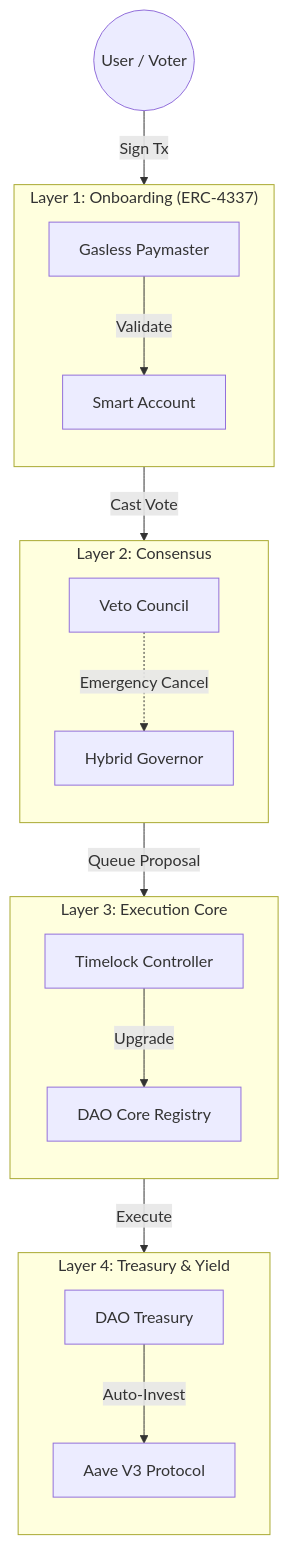
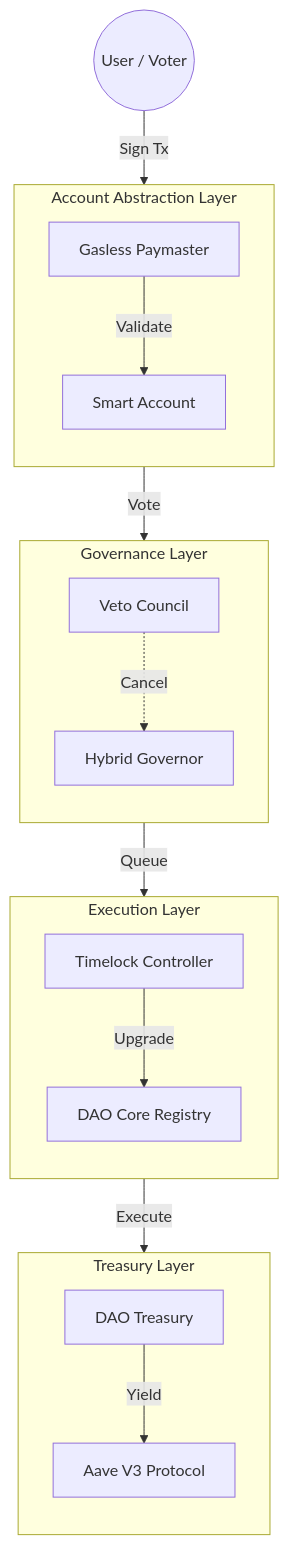
The diagram in README.md (NexTechArchitect/Sentinel-DAO), drawn with Mermaid before and after one commit. The commit also changed other lines of this file, not shown here.

````diff
--- a/README.md
+++ b/README.md
@@ -53,47 +53,41 @@
 ```mermaid
 graph TD
-    %% Actors
     User((User / Voter))
 
-    %% Account Abstraction Layer
-    subgraph "Layer 1: Onboarding (ERC-4337)"
+    subgraph "Account Abstraction Layer"
         direction TB
         Paymaster[Gasless Paymaster]
         AA[Smart Account]
     end
 
-    %% Governance Layer
-    subgraph "Layer 2: Consensus"
+    subgraph "Governance Layer"
         direction TB
         Governor[Hybrid Governor]
         Veto[Veto Council]
     end
 
-    %% Execution Layer
-    subgraph "Layer 3: Execution Core"
+    subgraph "Execution Layer"
         direction TB
         Timelock[Timelock Controller]
         Core[DAO Core Registry]
     end
 
-    %% Asset Layer
-    subgraph "Layer 4: Treasury & Yield"
+    subgraph "Treasury Layer"
         direction TB
         Treasury[DAO Treasury]
         Aave[Aave V3 Protocol]
     end
 
-    %% Connections
     User -->|Sign Tx| Paymaster
     Paymaster -->|Validate| AA
-    AA -->|Cast Vote| Governor
+    AA -->|Vote| Governor
     
-    Governor -->|Queue Proposal| Timelock
-    Veto -.->|Emergency Cancel| Governor
+    Governor -->|Queue| Timelock
+    Veto -.->|Cancel| Governor
     
     Timelock -->|Execute| Treasury
     Timelock -->|Upgrade| Core
     
-    Treasury -->|Auto-Invest| Aave
+    Treasury -->|Yield| Aave
 
 ```
````
